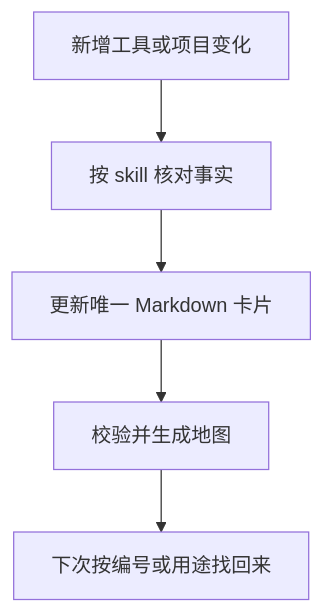
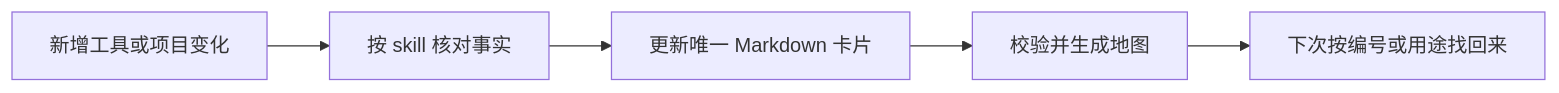
The diagram in tools/T-000-asset-atlas.md (xPeiPeix/asset-atlas), drawn with Mermaid before and after one commit. The commit also changed other lines of this file and 22 other files, not shown here.

````diff
--- a/tools/T-000-asset-atlas.md
+++ b/tools/T-000-asset-atlas.md
@@ -18,7 +23,7 @@
 ```mermaid
-flowchart TB
+flowchart LR
     Change["新增工具或项目变化"] --> Skill["按 skill 核对事实"]
     Skill --> Card["更新唯一 Markdown 卡片"]
     Card --> Check["校验并生成地图"]
     Check --> Find["下次按编号或用途找回来"]
 ```
````
